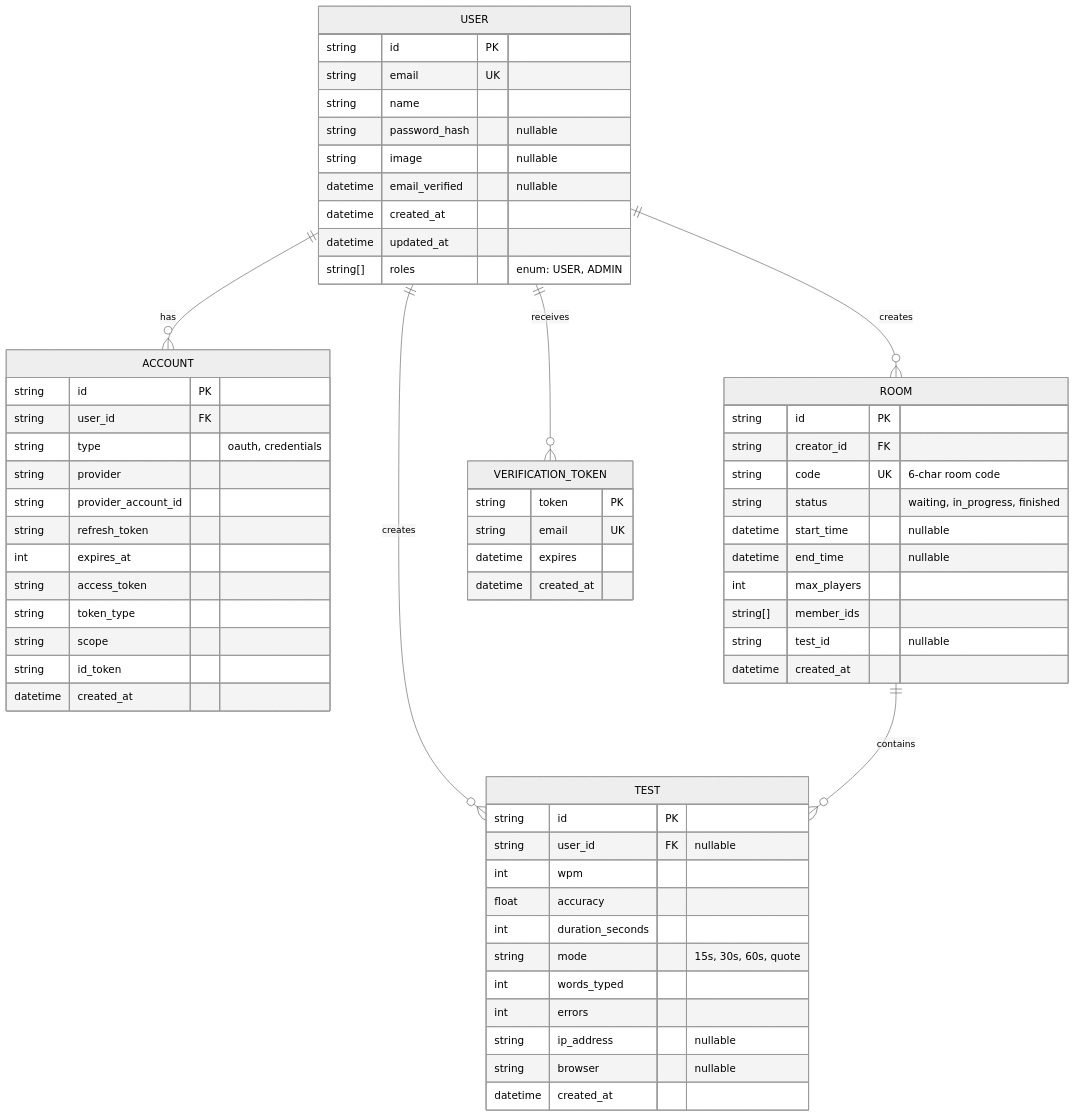
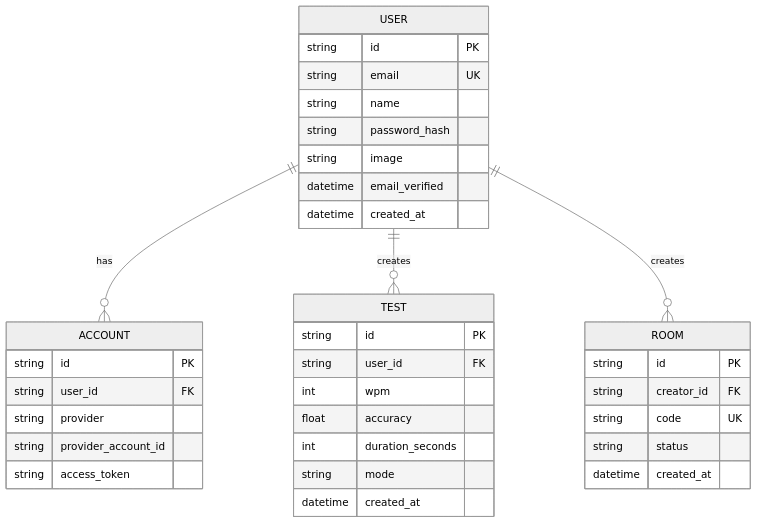
One commit to ByteForge24/TypeFast changed the second of 3 diagrams in README.md. Above: the diagram before and after it, drawn with Mermaid (neutral theme). The commit also changed other lines of this file, not shown here.

Commit message:
refactor: simplify README - reduce diagrams to 3 essential ones, condense verbose sections

````diff
--- a/README.md
+++ b/README.md
@@ -493,69 +265,42 @@
 ```mermaid
 erDiagram
     USER ||--o{ ACCOUNT : has
     USER ||--o{ TEST : creates
     USER ||--o{ ROOM : creates
-    ROOM ||--o{ TEST : contains
-    USER ||--o{ VERIFICATION_TOKEN : receives
 
     USER {
         string id PK
         string email UK
         string name
-        string password_hash "nullable"
-        string image "nullable"
-        datetime email_verified "nullable"
+        string password_hash
+        string image
+        datetime email_verified
         datetime created_at
-        datetime updated_at
-        string[] roles "enum: USER, ADMIN"
     }
 
     ACCOUNT {
         string id PK
         string user_id FK
-        string type "oauth, credentials"
         string provider
         string provider_account_id
-        string refresh_token
-        int expires_at
         string access_token
-        string token_type
-        string scope
-        string id_token
-        datetime created_at
     }
 
     TEST {
         string id PK
-        string user_id FK "nullable"
+        string user_id FK
         int wpm
         float accuracy
         int duration_seconds
-        string mode "15s, 30s, 60s, quote"
-        int words_typed
-        int errors
-        string ip_address "nullable"
-        string browser "nullable"
+        string mode
         datetime created_at
     }
 
     ROOM {
         string id PK
         string creator_id FK
-        string code UK "6-char room code"
-        string status "waiting, in_progress, finished"
-        datetime start_time "nullable"
-        datetime end_time "nullable"
-        int max_players
-        string[] member_ids
-        string test_id "nullable"
-        datetime created_at
-    }
-
-    VERIFICATION_TOKEN {
-        string token PK
-        string email UK
-        datetime expires
+        string code UK
+        string status
         datetime created_at
     }
 ```
````
